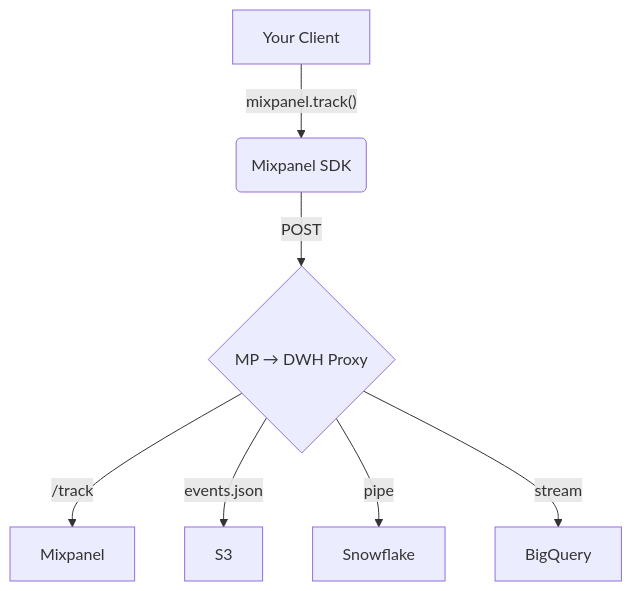
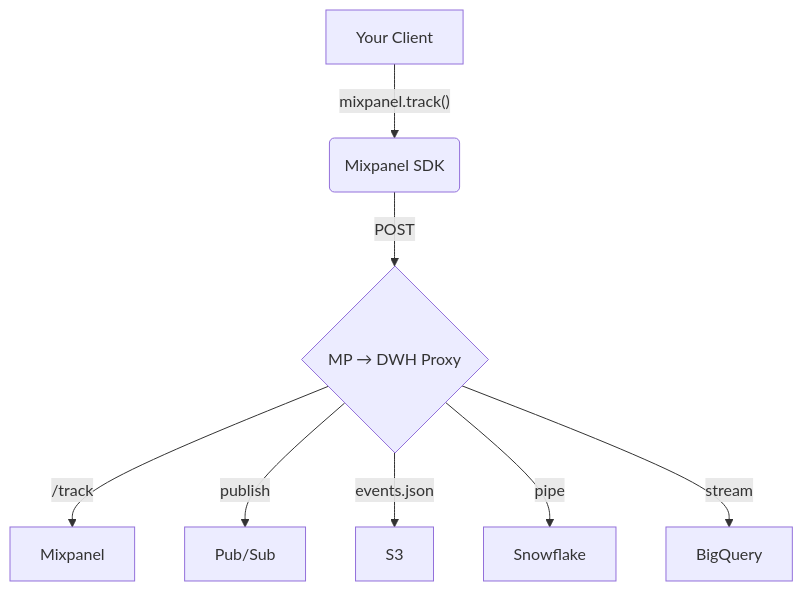
The diagram in README.md (ak--47/mixpanel-dwh-proxy), drawn with Mermaid before and after one commit. The commit also changed other lines of this file and 30 other files, not shown here.

````diff
--- a/README.md
+++ b/README.md
@@ -6,9 +6,10 @@
 ```mermaid
 flowchart TD
     A[Your Client] --> |"mixpanel.track()"| B(Mixpanel SDK)
     B --> |  POST | C{MP → DWH Proxy}
     C -->|/track | D[Mixpanel]
+    C -->| publish |H[Pub/Sub]
     C -->|events.json |E[S3]
     C -->| pipe |F[Snowflake]
     C -->| stream |G[BigQuery]
 ```
````
